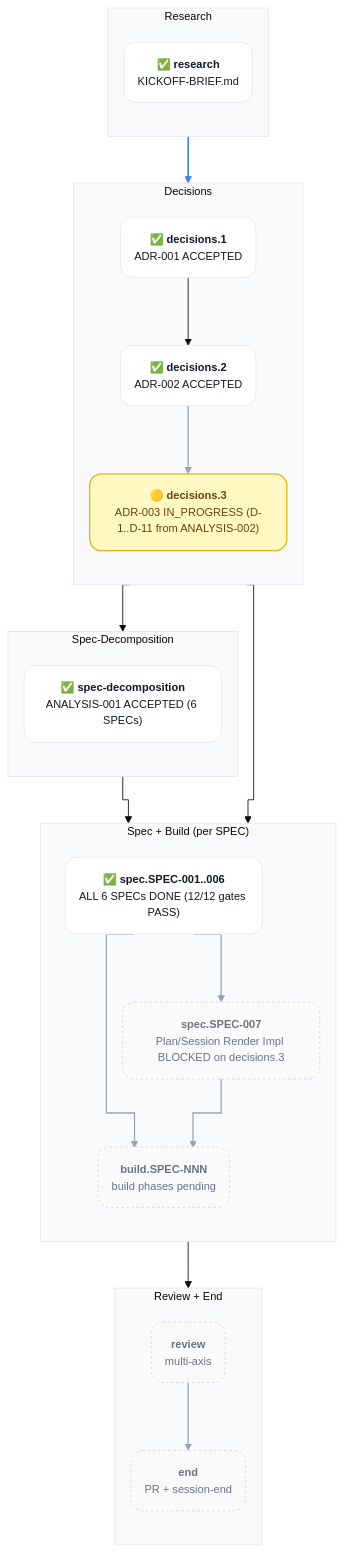
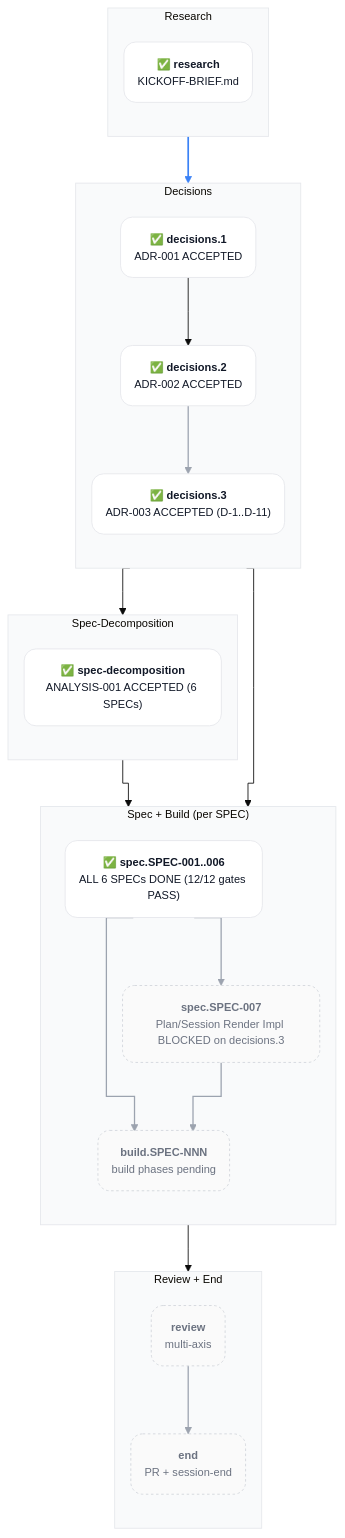
The first of 11 diagrams in docs/planning/PLAN-001-skills-ecosystem.md (acmelabs-15/skills), drawn with Mermaid before and after one commit. The commit also changed other lines of this file and 3 other files, not shown here.

First line of the commit message:
decisions(plan-001): decisions.3 DONE — ADR-003 ACCEPTED

````diff
--- a/docs/planning/PLAN-001-skills-ecosystem.md
+++ b/docs/planning/PLAN-001-skills-ecosystem.md
@@ -82,57 +82,57 @@
 ```mermaid
 %%{init: {'theme':'base','flowchart':{'curve':'stepAfter','nodeSpacing':18,'rankSpacing':55,'padding':16,'diagramPadding':20,'htmlLabels':true},'themeVariables':{'fontFamily':'-apple-system, BlinkMacSystemFont, system-ui, sans-serif','fontSize':'13px','clusterBkg':'#f9fafb','clusterBorder':'#e5e7eb'},'themeCSS':'.edgePath path, .flowchart-link { stroke-linejoin: round !important; stroke-linecap: round !important; } .cluster-label .nodeLabel { font-family: ui-monospace, SFMono-Regular, Menlo, monospace !important; font-size: 11px !important; font-weight: 600 !important; letter-spacing: 0.1em !important; text-transform: uppercase !important; color: #6b7280 !important; }'}}%%
 graph TD
 
   classDef done fill:#ffffff,stroke:#e5e7eb,stroke-width:1px,color:#111827,rx:14,ry:14
   classDef pending fill:#fafafa,stroke:#d1d5db,stroke-width:1px,color:#6b7280,stroke-dasharray:3 3,rx:14,ry:14
 
   subgraph R ["Research"]
     direction TB
     research("✅ <b>research</b><br/><span style='color:#6b7280;font-size:11px'>KICKOFF-BRIEF.md</span>")
   end
 
   subgraph D ["Decisions"]
     direction TB
     d1("✅ <b>decisions.1</b><br/><span style='color:#6b7280;font-size:11px'>ADR-001 ACCEPTED</span>")
     d2("✅ <b>decisions.2</b><br/><span style='color:#6b7280;font-size:11px'>ADR-002 ACCEPTED</span>")
-    d3("🟡 <b>decisions.3</b><br/><span style='color:#6b7280;font-size:11px'>ADR-003 IN_PROGRESS (D-1..D-11 from ANALYSIS-002)</span>")
+    d3("✅ <b>decisions.3</b><br/><span style='color:#6b7280;font-size:11px'>ADR-003 ACCEPTED (D-1..D-11)</span>")
     d2 --> d3
   end
 
   subgraph S ["Spec-Decomposition"]
     direction TB
     sd("✅ <b>spec-decomposition</b><br/><span style='color:#6b7280;font-size:11px'>ANALYSIS-001 ACCEPTED (6 SPECs)</span>")
   end
 
   subgraph SB ["Spec + Build (per SPEC)"]
     direction TB
     spec_n("✅ <b>spec.SPEC-001..006</b><br/><span style='color:#6b7280;font-size:11px'>ALL 6 SPECs DONE (12/12 gates PASS)</span>")
     spec_007("<b>spec.SPEC-007</b><br/><span style='color:#6b7280;font-size:11px'>Plan/Session Render Impl BLOCKED on decisions.3</span>")
     build_n("<b>build.SPEC-NNN</b><br/><span style='color:#6b7280;font-size:11px'>build phases pending</span>")
     spec_n --> spec_007
     spec_n --> build_n
     spec_007 --> build_n
   end
 
   subgraph RE ["Review + End"]
     direction TB
     review("<b>review</b><br/><span style='color:#6b7280;font-size:11px'>multi-axis</span>")
     fin("<b>end</b><br/><span style='color:#6b7280;font-size:11px'>PR + session-end</span>")
     review --> fin
   end
 
   research --> d1
   d1 --> d2
   d2 --> sd
   sd --> spec_n
   d3 --> spec_007
   build_n --> review
 
   class research,d1,d2,sd,spec_n done
-  class d3 inprogress
+  class d3 done
   class spec_007,build_n,review,fin pending
   classDef inprogress fill:#fef9c3,stroke:#eab308,stroke-width:1.5px,color:#713f12,rx:14,ry:14
 
   linkStyle 0,1,2,3,4 stroke:#9ca3af,stroke-width:1.5px
   linkStyle 5 stroke:#3b82f6,stroke-width:2px
 ```
````
